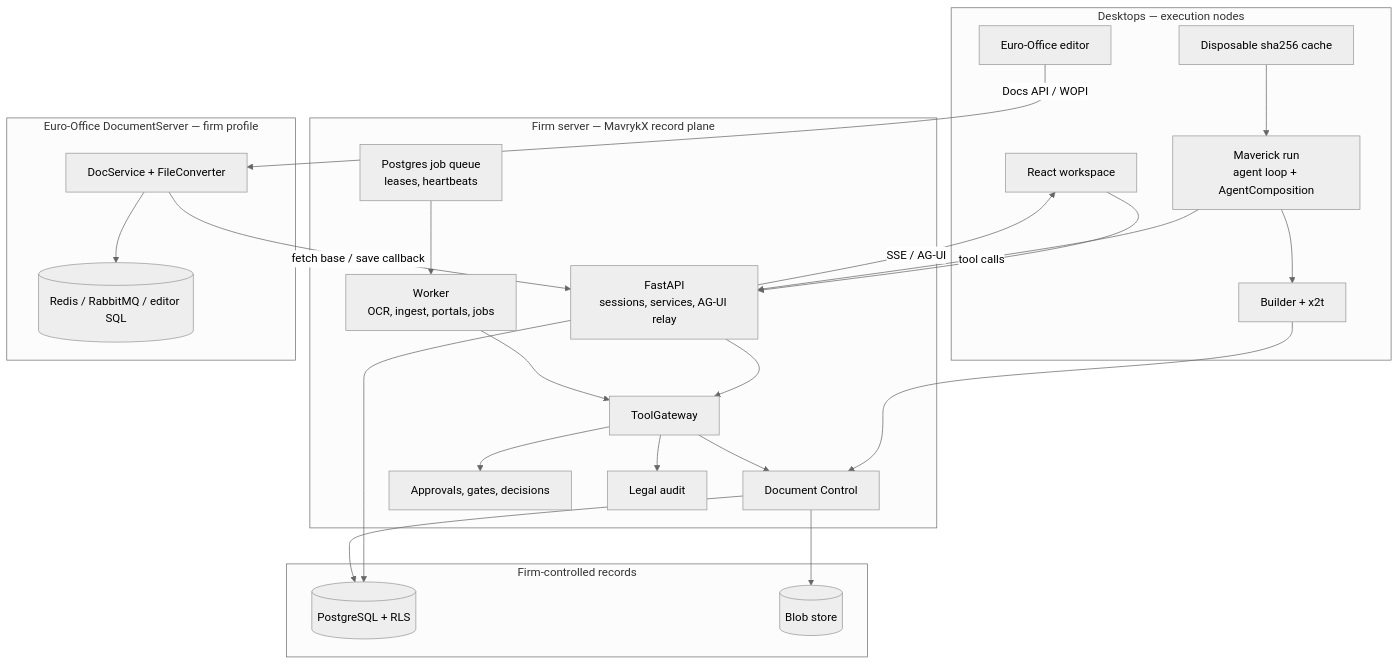
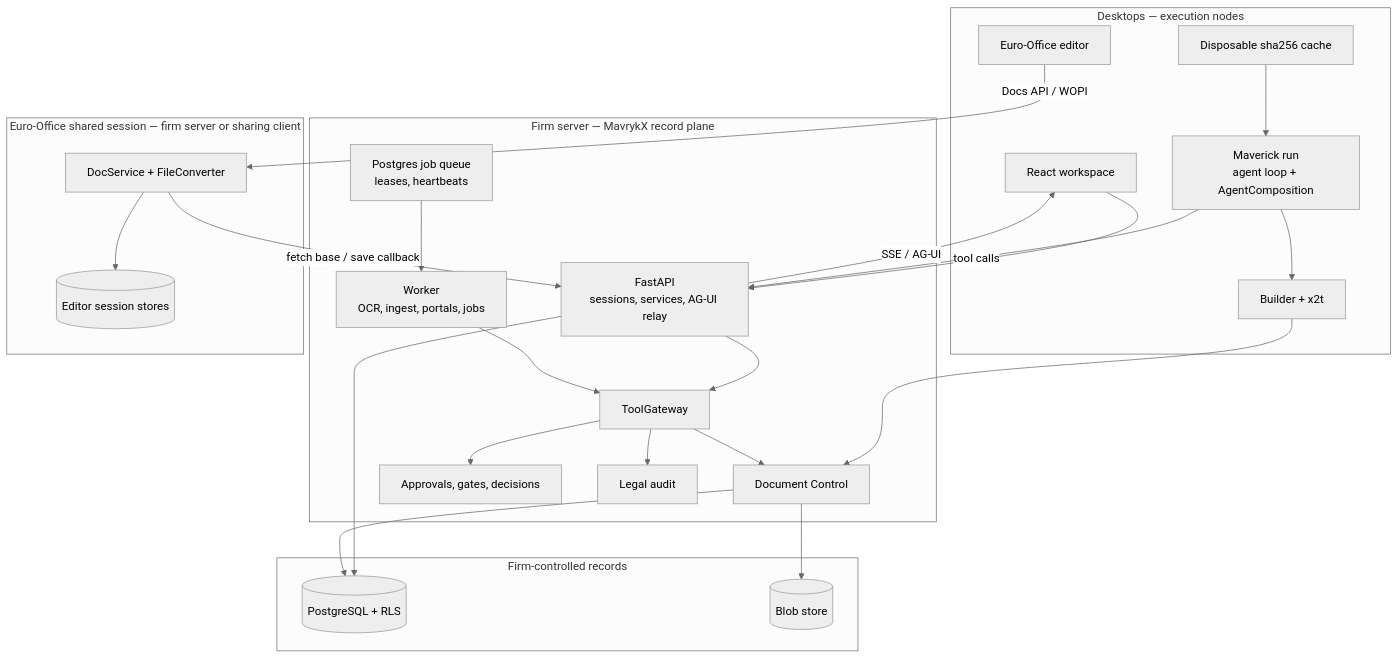
The diagram in docs/v1/01-architecture.md (asimog/mavrykx), drawn with Mermaid (neutral theme) before and after one commit. The commit also changed other lines of this file and 7 other files, not shown here.

First line of the commit message:
Correct the V1 stack and record the Euro-Office integration plans

````diff
--- a/docs/v1/01-architecture.md
+++ b/docs/v1/01-architecture.md
@@ -39,49 +42,49 @@
 ```mermaid
 flowchart TB
   subgraph Clients["Desktops — execution nodes"]
     UI["React workspace"]
     ED["Euro-Office editor"]
     AG["Maverick run<br/>agent loop + AgentComposition"]
     BD["Builder + x2t"]
     CACHE["Disposable sha256 cache"]
   end
 
   subgraph Server["Firm server — MavrykX record plane"]
     API["FastAPI<br/>sessions, services, AG-UI relay"]
     GW["ToolGateway"]
     DOC["Document Control"]
     APPR["Approvals, gates, decisions"]
     AUD["Legal audit"]
     WK["Worker<br/>OCR, ingest, portals, jobs"]
     Q["Postgres job queue<br/>leases, heartbeats"]
   end
 
-  subgraph Editor["Euro-Office DocumentServer — firm profile"]
+  subgraph Editor["Euro-Office shared session — firm server or sharing client"]
     DS["DocService + FileConverter"]
-    ES[("Redis / RabbitMQ / editor SQL")]
+    ES[("Editor session stores")]
   end
 
   subgraph Data["Firm-controlled records"]
     PG[("PostgreSQL + RLS")]
     BL[("Blob store")]
   end
 
   UI --> API
   ED -->|"Docs API / WOPI"| DS
   DS --> ES
   DS -->|"fetch base / save callback"| API
   AG -->|"tool calls"| API
   AG --> BD
   BD --> DOC
   CACHE --> AG
   API --> GW
   GW --> DOC
   GW --> APPR
   GW --> AUD
   API --> PG
   DOC --> PG
   DOC --> BL
   WK --> GW
   Q --> WK
   API -->|"SSE / AG-UI"| UI
 ```
````
